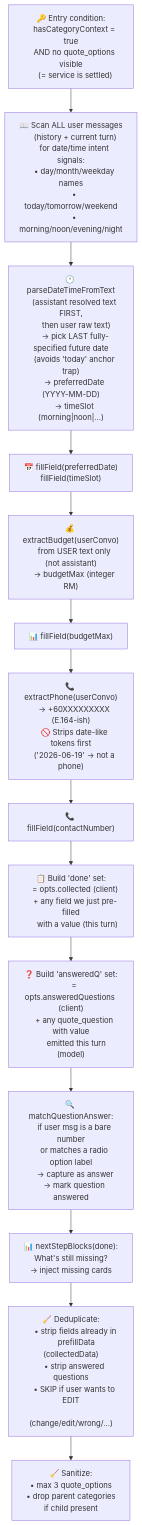
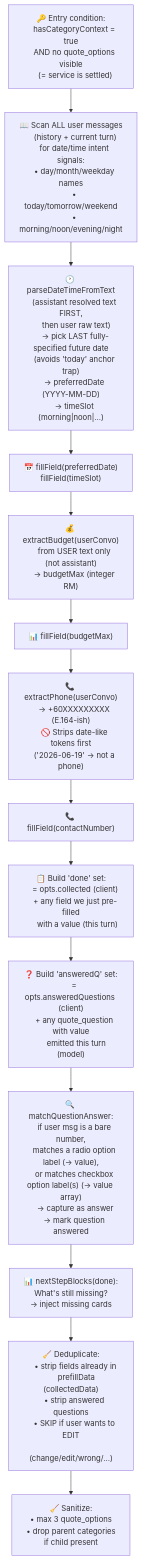
The sixth of 10 diagrams in docs/ai-context/chat-flow-diagrams.md (kz-95/MyHomeServicer), drawn with Mermaid before and after one commit. The commit also changed other lines of this file and 5 other files, not shown here.

````diff
--- a/docs/ai-context/chat-flow-diagrams.md
+++ b/docs/ai-context/chat-flow-diagrams.md
@@ -516,67 +520,68 @@
 ```mermaid
 flowchart TD
     CF_PRE["🔑 Entry condition:
     hasCategoryContext = true
     AND no quote_options visible
     (= service is settled)"]
     --> CF_SCAN["📖 Scan ALL user messages
     (history + current turn)
     for date/time intent signals:
     • day/month/weekday names
     • today/tomorrow/weekend
     • morning/noon/evening/night"]
 
     CF_SCAN --> CF_PARSE["🕐 parseDateTimeFromText
     (assistant resolved text FIRST,
      then user raw text)
     → pick LAST fully-specified future date
     (avoids 'today' anchor trap)
     → preferredDate (YYYY-MM-DD)
     → timeSlot (morning|noon|...)"]
 
     CF_PARSE --> CF_DT["📅 fillField(preferredDate)
     fillField(timeSlot)"]
 
     CF_DT --> CF_BUDGET["💰 extractBudget(userConvo)
     from USER text only (not assistant)
     → budgetMax (integer RM)"]
     CF_BUDGET --> CF_BUDGET_FILL["📊 fillField(budgetMax)"]
 
     CF_BUDGET_FILL --> CF_PHONE["📞 extractPhone(userConvo)
     → +60XXXXXXXXX (E.164-ish)
     🚫 Strips date-like tokens first
     ('2026-06-19' → not a phone)"]
     CF_PHONE --> CF_PHONE_FILL["📞 fillField(contactNumber)"]
 
     CF_PHONE_FILL --> CF_DONE["📋 Build 'done' set:
     = opts.collected (client)
     + any field we just pre-filled
       with a value (this turn)"]
 
     CF_DONE --> CF_QUESTIONS["❓ Build 'answeredQ' set:
     = opts.answeredQuestions (client)
     + any quote_question with value
       emitted this turn (model)"]
 
     CF_QUESTIONS --> CF_MATCH["🔍 matchQuestionAnswer:
-    if user msg is a bare number
-    or matches a radio option label
+    if user msg is a bare number,
+    matches a radio option label (→ value),
+    or matches checkbox option label(s) (→ value array)
     → capture as answer
     → mark question answered"]
 
     CF_MATCH --> CF_NEXT["📊 nextStepBlocks(done):
     What's still missing?
     → inject missing cards"]
 
     CF_NEXT --> CF_DEDUPE["🧹 Deduplicate:
     • strip fields already in
       prefillData (collectedData)
     • strip answered questions
     • SKIP if user wants to EDIT
       (change/edit/wrong/...)"]
 
     CF_DEDUPE --> CF_LIMIT["🧹 Sanitize:
     • max 3 quote_options
     • drop parent categories
       if child present"]
 ```
````
